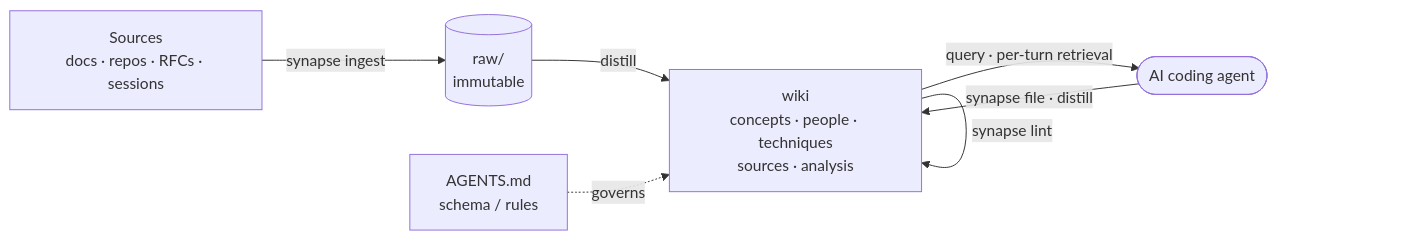
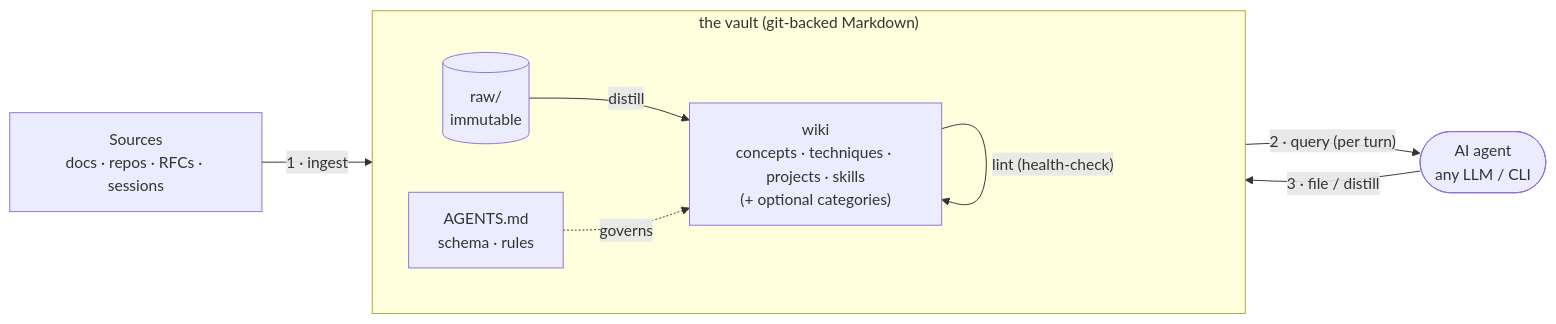
Before and after one commit to AJSubrizi/synapse: the diagram in README.md, drawn with Mermaid.

Commit message:
README: clearer functioning diagram (3 layers + 3 ops, vault subgraph)

````diff
--- a/README.md
+++ b/README.md
@@ -33,15 +33,19 @@
 ```mermaid
 flowchart LR
-  S[Sources<br/>docs · repos · RFCs · sessions]
-  R[(raw/<br/>immutable)]
-  W[wiki<br/>concepts · people · techniques<br/>sources · analysis]
-  A([AI coding agent])
-  C[AGENTS.md<br/>schema / rules]
+  S["Sources<br/>docs · repos · RFCs · sessions"]
+  A(["AI agent<br/>any LLM / CLI"])
 
-  S -- "synapse ingest" --> R
-  R -- "distill" --> W
-  W -- "query · per-turn retrieval" --> A
-  A -- "synapse file · distill" --> W
-  W -- "synapse lint" --> W
-  C -. governs .-> W
+  subgraph V["the vault (git-backed Markdown)"]
+    direction LR
+    R[("raw/<br/>immutable")]
+    W["wiki<br/>concepts · techniques · projects · skills<br/>(+ optional categories)"]
+    C["AGENTS.md<br/>schema · rules"]
+    R -->|distill| W
+    C -.->|governs| W
+  end
+
+  S -->|"1 · ingest"| R
+  W -->|"2 · query (per turn)"| A
+  A -->|"3 · file / distill"| W
+  W -->|"lint (health-check)"| W
 ```
````
